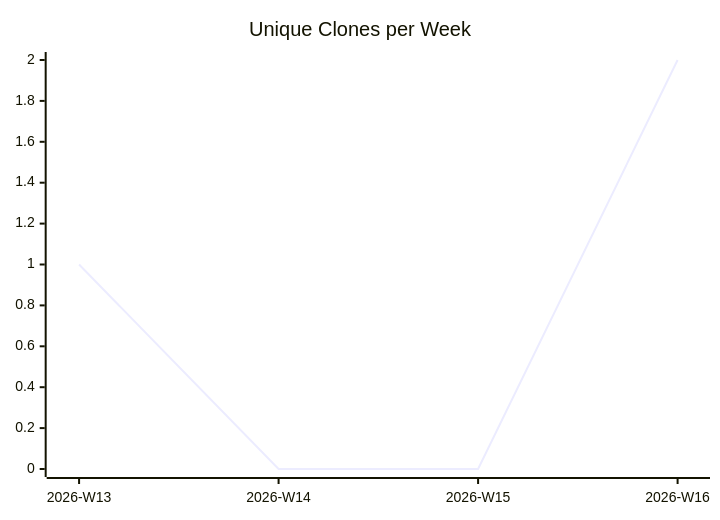
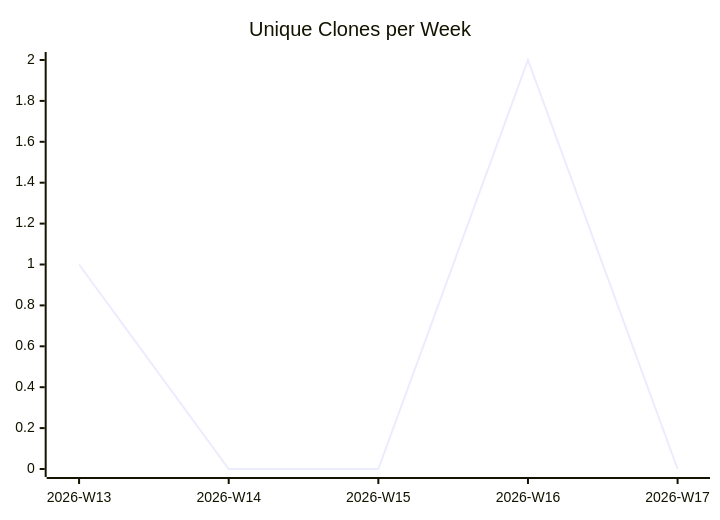
The third of 3 diagrams in karlmdavis/datanucleus-test-jdo-1-to-n/README.md (justdavis-family/github-analytics-data), drawn with Mermaid before and after one commit. The commit also changed other lines of this file and 192 other files, not shown here.

````diff
--- a/karlmdavis/datanucleus-test-jdo-1-to-n/README.md
+++ b/karlmdavis/datanucleus-test-jdo-1-to-n/README.md
@@ -19,6 +19,6 @@
 ```mermaid
 xychart-beta
   title "Unique Clones per Week"
-  x-axis ["2026-W13", "2026-W14", "2026-W15", "2026-W16"]
-  line [1, 0, 0, 2]
+  x-axis ["2026-W13", "2026-W14", "2026-W15", "2026-W16", "2026-W17"]
+  line [1, 0, 0, 2, 0]
 ```
````
